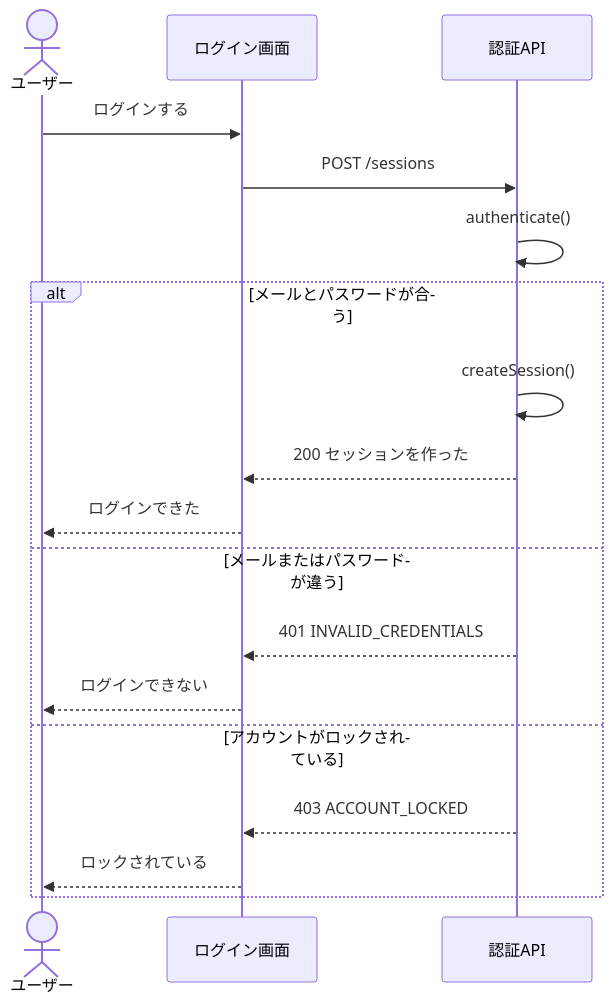
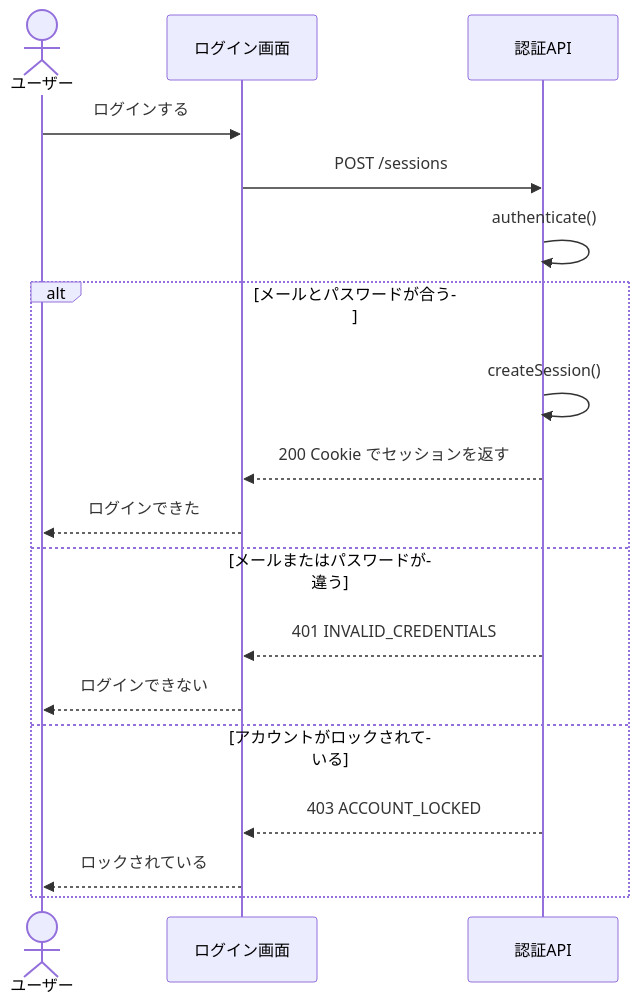
Before and after one commit to masamasamasato/design-doc-template: the diagram in apis/login/README.md, drawn with Mermaid. The commit also changed other lines of this file and 18 other files, not shown here.

````diff
--- a/apis/login/README.md
+++ b/apis/login/README.md
@@ -11,20 +11,20 @@
 ```mermaid
 sequenceDiagram
   actor User as ユーザー
   participant Screen as ログイン画面
   participant API as 認証API
   User->>Screen: ログインする
   Screen->>API: POST /sessions
   API->>API: authenticate()
   alt メールとパスワードが合う
     API->>API: createSession()
-    API-->>Screen: 200 セッションを作った
+    API-->>Screen: 200 Cookie でセッションを返す
     Screen-->>User: ログインできた
   else メールまたはパスワードが違う
     API-->>Screen: 401 INVALID_CREDENTIALS
     Screen-->>User: ログインできない
   else アカウントがロックされている
     API-->>Screen: 403 ACCOUNT_LOCKED
     Screen-->>User: ロックされている
   end
 ```
````
